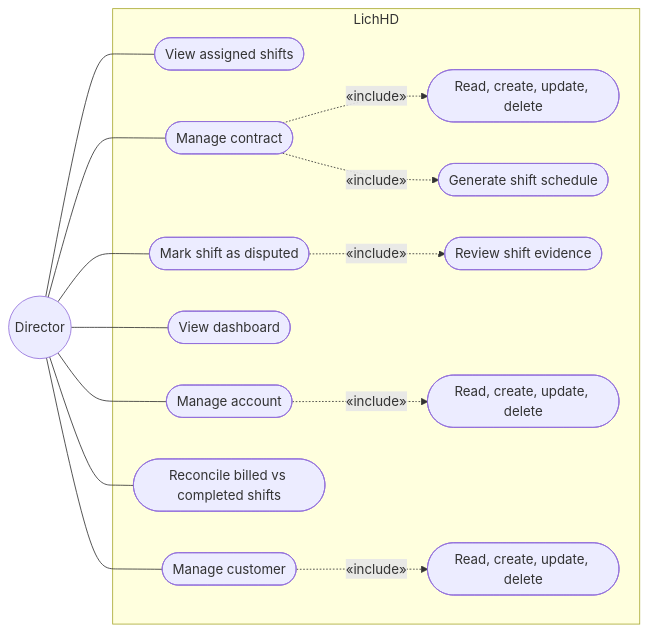
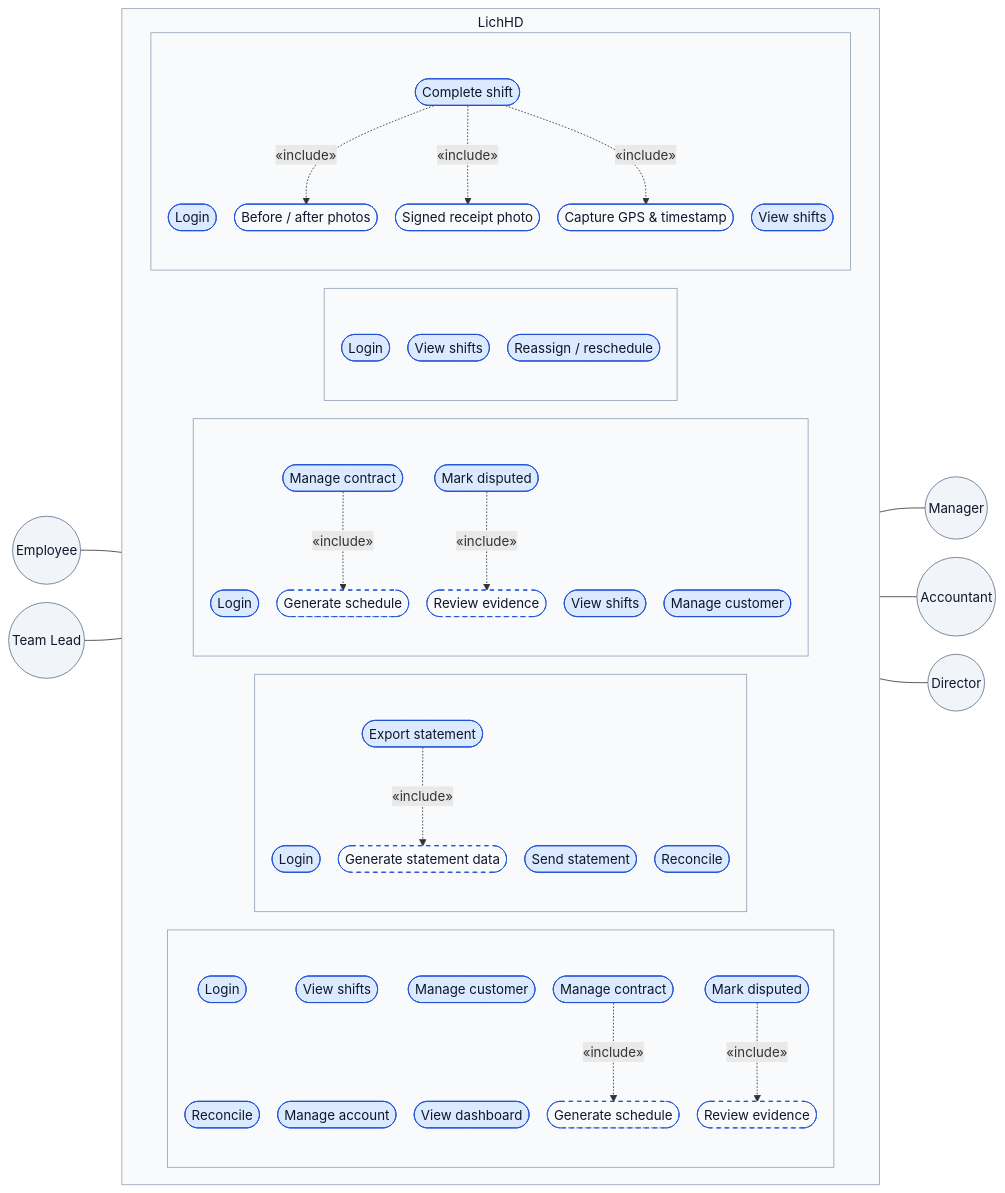
One commit to dDxCg/contrack changed the first of 7 diagrams in docs/02-design-analysis.md. Above: the diagram before and after it, drawn with Mermaid. The commit also changed other lines of this file and 11 other files, not shown here.

````diff
--- a/docs/02-design-analysis.md
+++ b/docs/02-design-analysis.md
@@ -132,33 +66,92 @@
 ```mermaid
+---
+config:
+  flowchart:
+    nodeSpacing: 22
+    rankSpacing: 45
+    padding: 8
+    subGraphTitleMargin: { top: 4, bottom: 4 }
+---
 flowchart LR
+    Employee((Employee))
+    TeamLead((Team Lead))
+
+    subgraph LichHD["LichHD"]
+        direction LR
+        subgraph DirectorBox[" "]
+            D_Login([Login])
+            D_View([View shifts])
+            D_Contract([Manage contract])
+            D_Schedule([Generate schedule])
+            D_Customer([Manage customer])
+            D_Dispute([Mark disputed])
+            D_Evidence([Review evidence])
+            D_Reconcile([Reconcile])
+            D_Account([Manage account])
+            D_Dashboard([View dashboard])
+        end
+        subgraph AccountantBox[" "]
+            A_Login([Login])
+            A_Export([Export statement])
+            A_GenStmt([Generate statement data])
+            A_Send([Send statement])
+            A_Reconcile([Reconcile])
+        end
+        subgraph ManagerBox[" "]
+            M_Login([Login])
+            M_View([View shifts])
+            M_Contract([Manage contract])
+            M_Schedule([Generate schedule])
+            M_Customer([Manage customer])
+            M_Dispute([Mark disputed])
+            M_Evidence([Review evidence])
+        end
+        subgraph TeamLeadBox[" "]
+            T_Login([Login])
+            T_View([View shifts])
+            T_Reassign([Reassign / reschedule])
+        end
+        subgraph EmployeeBox[" "]
+            E_Login([Login])
+            E_View([View shifts])
+            E_Complete([Complete shift])
+            E_Photos([Before / after photos])
+            E_Receipt([Signed receipt photo])
+            E_GPS([Capture GPS &amp; timestamp])
+        end
+    end
+
+    Manager((Manager))
+    Accountant((Accountant))
     Director((Director))
 
-    subgraph Boundary["LichHD"]
-        UC6([View assigned shifts])
-        UC9([Manage contract])
-        UC9P(["Read, create, update, delete"])
-        UC17([Generate shift schedule])
-        UC19([Review shift evidence])
-        UC10([Mark shift as disputed])
-        UC15([View dashboard])
-        UC16([Manage account])
-        UC16P(["Read, create, update, delete"])
-        UC14([Reconcile billed vs completed shifts])
-        UC21([Manage customer])
-        UC21P(["Read, create, update, delete"])
-    end
+    Employee --- EmployeeBox
+    TeamLead --- TeamLeadBox
+    ManagerBox --- Manager
+    AccountantBox --- Accountant
+    DirectorBox --- Director
 
-    Director --- UC6
-    Director --- UC9
-    Director --- UC10
-    Director --- UC15
-    Director --- UC16
-    Director --- UC14
-    Director --- UC21
+    E_Complete -.->|"&laquo;include&raquo;"| E_Photos
+    E_Complete -.->|"&laquo;include&raquo;"| E_Receipt
+    E_Complete -.->|"&laquo;include&raquo;"| E_GPS
+    D_Login ~~~ D_Reconcile
+    D_View ~~~ D_Account
+    D_Customer ~~~ D_Dashboard
 
-    UC9 -.->|"&laquo;include&raquo;"| UC9P
-    UC9 -.->|"&laquo;include&raquo;"| UC17
-    UC16 -.->|"&laquo;include&raquo;"| UC16P
-    UC10 -.->|"&laquo;include&raquo;"| UC19
-    UC21 -.->|"&laquo;include&raquo;"| UC21P
+    M_Contract -.->|"&laquo;include&raquo;"| M_Schedule
+    M_Dispute -.->|"&laquo;include&raquo;"| M_Evidence
+    D_Contract -.->|"&laquo;include&raquo;"| D_Schedule
+    D_Dispute -.->|"&laquo;include&raquo;"| D_Evidence
+    A_Export -.->|"&laquo;include&raquo;"| A_GenStmt
+
+    classDef box fill:#f8fafc,stroke:#94a3b8,color:#0f172a
+    class LichHD,EmployeeBox,TeamLeadBox,ManagerBox,AccountantBox,DirectorBox box
+    classDef actor fill:#f1f5f9,stroke:#64748b,color:#0f172a
+    classDef uc fill:#dbeafe,stroke:#1d4ed8,color:#0f172a
+    classDef inc fill:#f8fafc,stroke:#1d4ed8,color:#0f172a,stroke-dasharray: 5 5
+    classDef incReq fill:#f8fafc,stroke:#1d4ed8,color:#0f172a
+    class Employee,TeamLead,Manager,Accountant,Director actor
+    class E_Login,E_View,E_Complete,T_Login,T_View,T_Reassign,M_Login,M_View,M_Contract,M_Customer,M_Dispute,A_Login,A_Export,A_Send,A_Reconcile,D_Login,D_View,D_Contract,D_Customer,D_Dispute,D_Reconcile,D_Account,D_Dashboard uc
+    class M_Schedule,M_Evidence,D_Schedule,D_Evidence,A_GenStmt inc
+    class E_Photos,E_Receipt,E_GPS incReq
 ```
````
